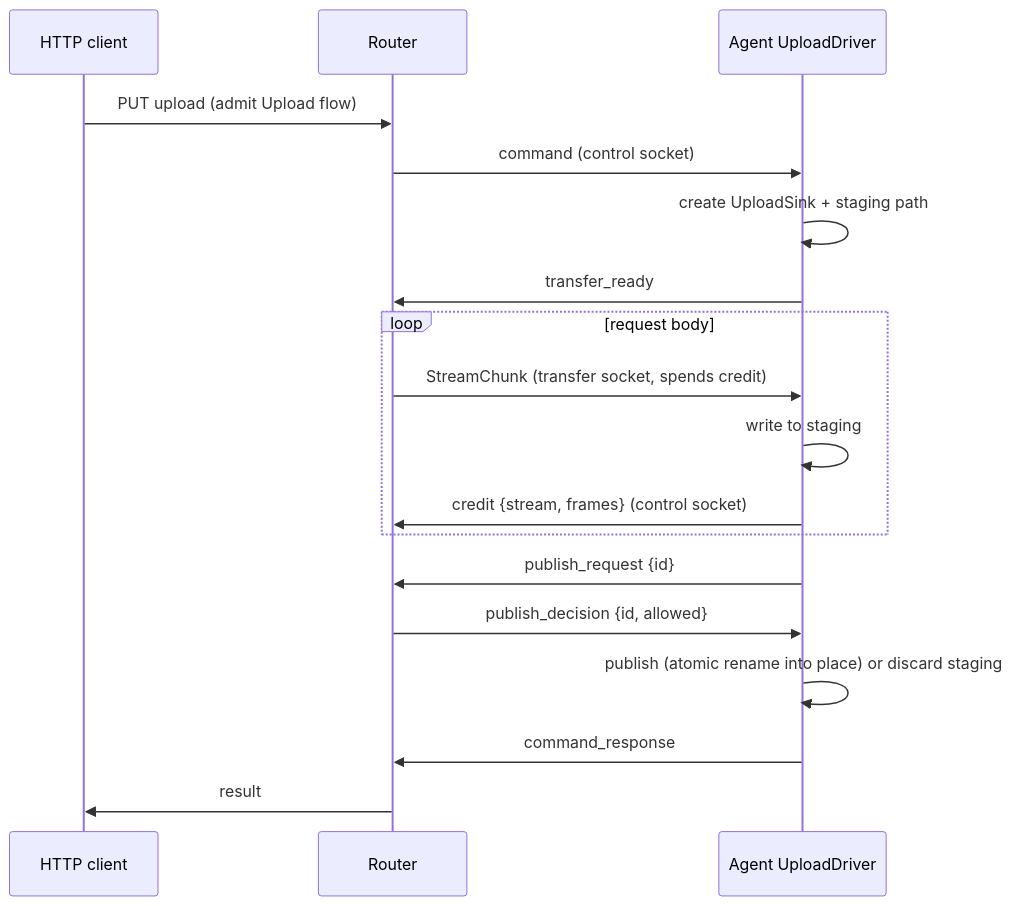
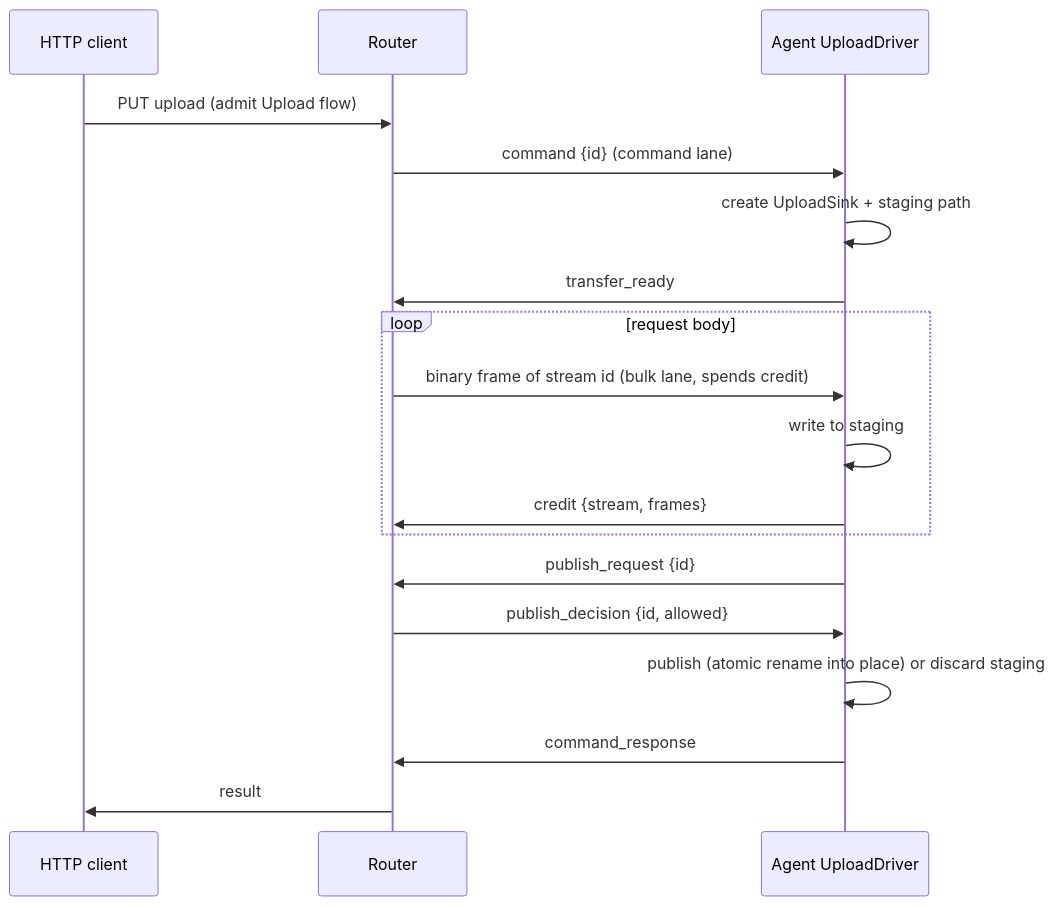
The eighth of 10 diagrams in ARCHITECTURE.md (FruitieX/redoor), drawn with Mermaid before and after one commit. The commit also changed other lines of this file and 74 other files, not shown here.

````diff
--- a/ARCHITECTURE.md
+++ b/ARCHITECTURE.md
@@ -400,21 +442,21 @@
 ```mermaid
 sequenceDiagram
     participant C as HTTP client
     participant R as Router
     participant A as Agent UploadDriver
 
     C->>R: PUT upload (admit Upload flow)
-    R->>A: command (control socket)
+    R->>A: command {id} (command lane)
     A->>A: create UploadSink + staging path
     A->>R: transfer_ready
     loop request body
-        R->>A: StreamChunk (transfer socket, spends credit)
+        R->>A: binary frame of stream id (bulk lane, spends credit)
         A->>A: write to staging
-        A->>R: credit {stream, frames} (control socket)
+        A->>R: credit {stream, frames}
     end
     A->>R: publish_request {id}
     R->>A: publish_decision {id, allowed}
     A->>A: publish (atomic rename into place) or discard staging
     A->>R: command_response
     R->>C: result
 ```
````
